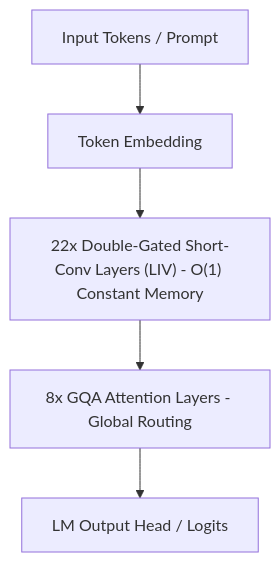
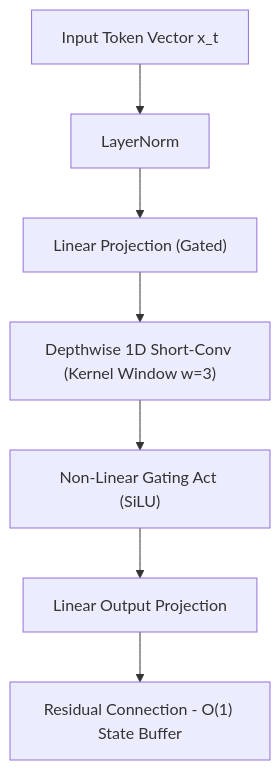
Before and after one commit to divyanshailani/llm-efficiency-lab: the diagram in devices_and_hardware/cpu_8core_liquid_lfm2.5_2.6b/README.md, drawn with Mermaid. The commit also changed other lines of this file, not shown here.

````diff
--- a/devices_and_hardware/cpu_8core_liquid_lfm2.5_2.6b/README.md
+++ b/devices_and_hardware/cpu_8core_liquid_lfm2.5_2.6b/README.md
@@ -24,7 +146,9 @@
 ```mermaid
 graph TD
-    A["Input Tokens / Prompt"] --> B["Token Embedding"]
-    B --> C["22x Double-Gated Short-Conv Layers (LIV) - O(1) Constant Memory"]
-    C --> D["8x GQA Attention Layers - Global Routing"]
-    D --> E["LM Output Head / Logits"]
+    A["Input Token Vector x_t"] --> B["LayerNorm"]
+    B --> C["Linear Projection (Gated)"]
+    C --> D["Depthwise 1D Short-Conv (Kernel Window w=3)"]
+    D --> E["Non-Linear Gating Act (SiLU)"]
+    E --> F["Linear Output Projection"]
+    F --> G["Residual Connection - O(1) State Buffer"]
 ```
````
